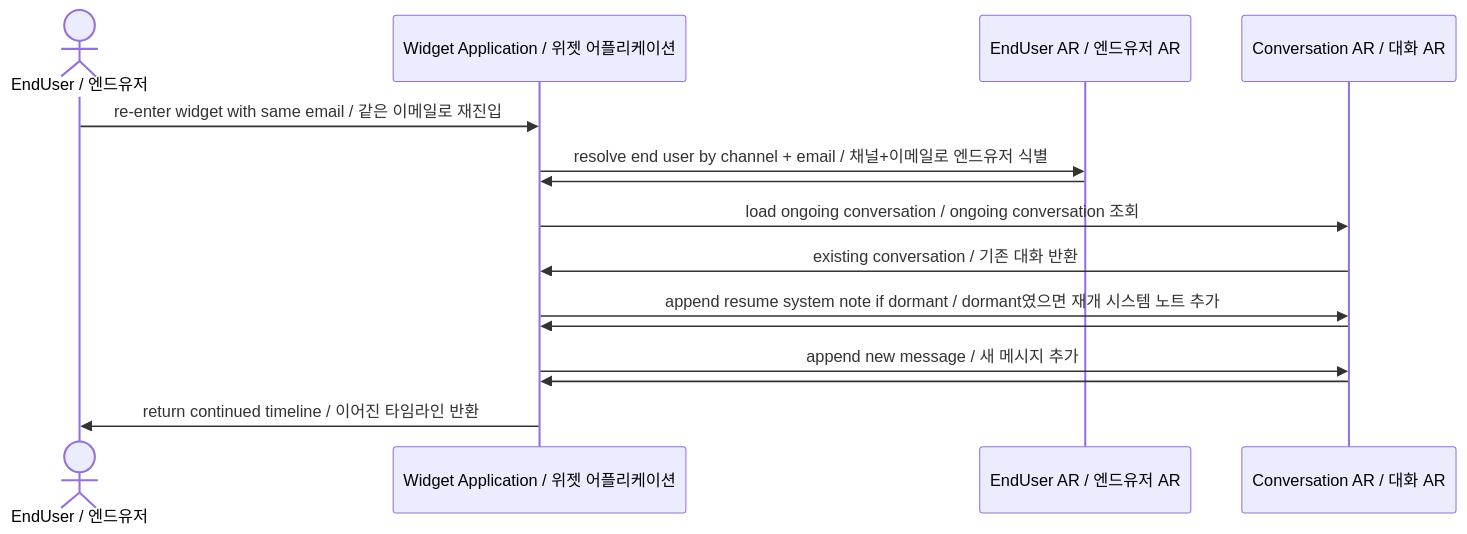
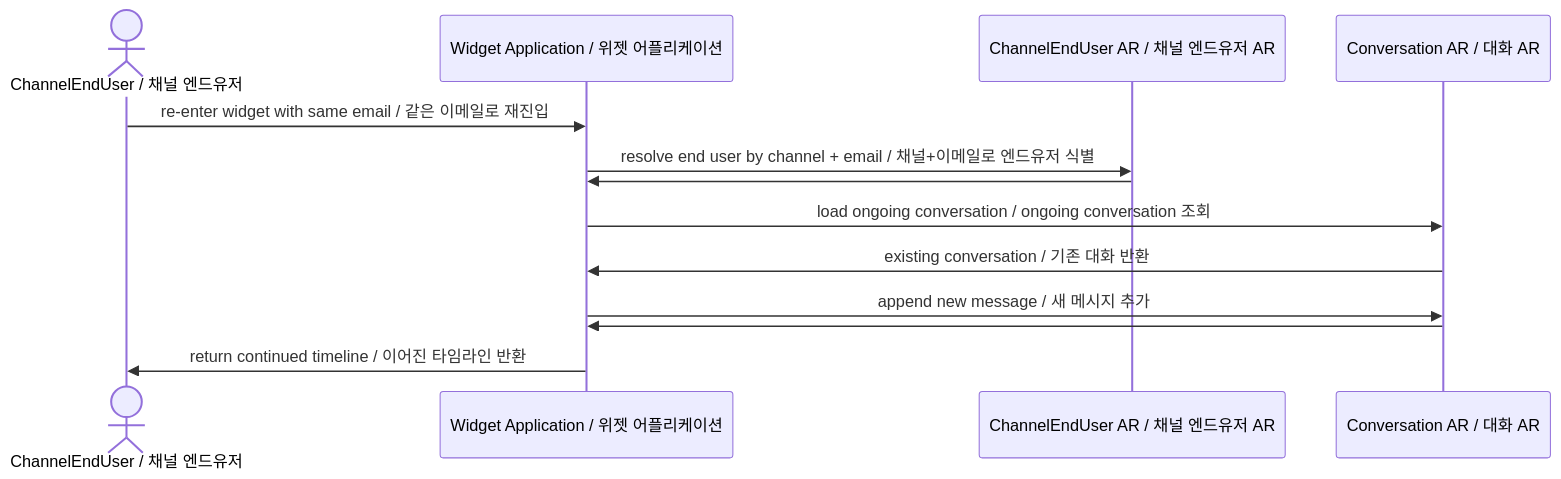
Before and after one commit to citron0137/exp-message: the fourth of 6 diagrams in 00-docs/03-admin/sequence-diagram.md, drawn with Mermaid. The commit also changed other lines of this file and 2 other files, not shown here.

````diff
--- a/00-docs/03-admin/sequence-diagram.md
+++ b/00-docs/03-admin/sequence-diagram.md
@@ -116,22 +116,19 @@
 ```mermaid
 sequenceDiagram
-    actor end_user as EndUser / 엔드유저
+    actor end_user as ChannelEndUser / 채널 엔드유저
     participant widget_app as Widget Application / 위젯 어플리케이션
-    participant enduser as EndUser AR / 엔드유저 AR
+    participant enduser as ChannelEndUser AR / 채널 엔드유저 AR
     participant conversation as Conversation AR / 대화 AR
 
     end_user ->> widget_app: re-enter widget with same email / 같은 이메일로 재진입
     widget_app ->> enduser: resolve end user by channel + email / 채널+이메일로 엔드유저 식별
     enduser ->> widget_app:
 
     widget_app ->> conversation: load ongoing conversation / ongoing conversation 조회
     conversation ->> widget_app: existing conversation / 기존 대화 반환
 
-    widget_app ->> conversation: append resume system note if dormant / dormant였으면 재개 시스템 노트 추가
-    conversation ->> widget_app:
-
     widget_app ->> conversation: append new message / 새 메시지 추가
     conversation ->> widget_app:
 
     widget_app ->> end_user: return continued timeline / 이어진 타임라인 반환
 ```
````
